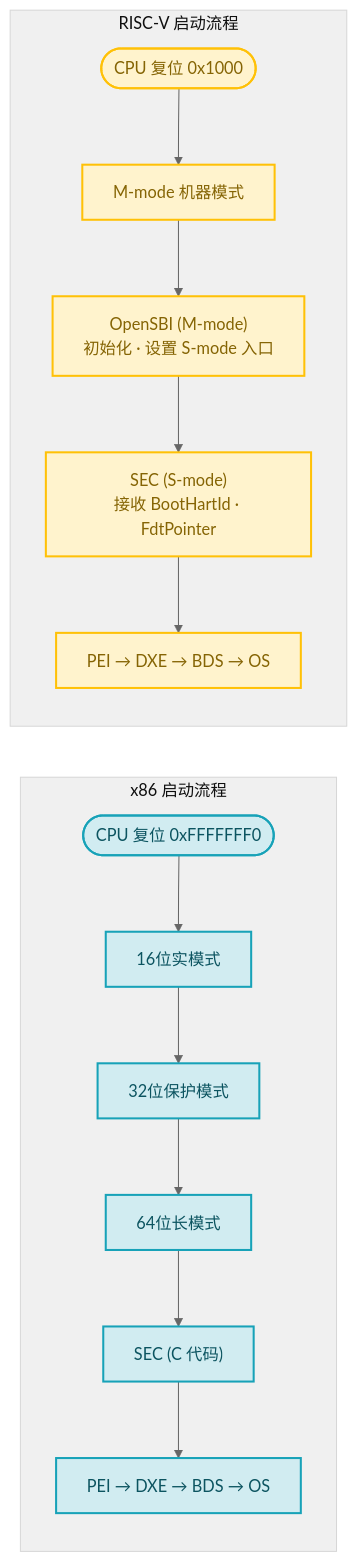
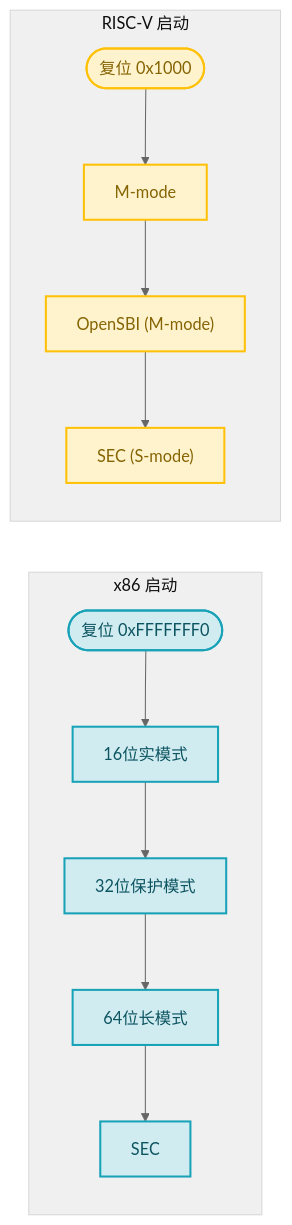
The first of 4 diagrams in edk2/06-riscv-platform.md (swjtuer326/cs-learning-notes), drawn with Mermaid before and after one commit. The commit also changed other lines of this file and 8 other files, not shown here.

````diff
--- a/edk2/06-riscv-platform.md
+++ b/edk2/06-riscv-platform.md
@@ -68,23 +65,21 @@
 ```mermaid
 %%{init: {"theme": "base", "themeVariables": {"primaryColor": "#ECECFF", "primaryTextColor": "#333333", "primaryBorderColor": "#9370DB", "lineColor": "#666666", "secondaryColor": "#ffffde", "secondaryBorderColor": "#aaaa33", "tertiaryColor": "#f0f0f0", "fontFamily": "\"trebuchet ms\", verdana, arial, sans-serif"}}}%%
 flowchart LR
-    subgraph X86Boot["x86 启动流程"]
-        X86Reset(["CPU 复位 0xFFFFFFF0"]) --> X86Real["16位实模式"]
+    subgraph X86Boot["x86 启动"]
+        X86Reset(["复位 0xFFFFFFF0"]) --> X86Real["16位实模式"]
         X86Real --> X86Protected["32位保护模式"]
         X86Protected --> X86Long["64位长模式"]
-        X86Long --> X86Sec["SEC (C 代码)"]
-        X86Sec --> X86Later["PEI → DXE → BDS → OS"]
+        X86Long --> X86Sec["SEC"]
     end
 
-    subgraph RvBoot["RISC-V 启动流程"]
-        RvReset(["CPU 复位 0x1000"]) --> RvMmode["M-mode 机器模式"]
-        RvMmode --> RvOpensbi["OpenSBI (M-mode)<br/>初始化 · 设置 S-mode 入口"]
-        RvOpensbi --> RvSec["SEC (S-mode)<br/>接收 BootHartId · FdtPointer"]
-        RvSec --> RvLater["PEI → DXE → BDS → OS"]
+    subgraph RvBoot["RISC-V 启动"]
+        RvReset(["复位 0x1000"]) --> RvMmode["M-mode"]
+        RvMmode --> RvOpensbi["OpenSBI (M-mode)"]
+        RvOpensbi --> RvSec["SEC (S-mode)"]
     end
 
     classDef x86Style fill:#d1ecf1,stroke:#17a2b8,color:#0c5460,stroke-width:2px
     classDef rvStyle fill:#fff3cd,stroke:#ffc107,color:#856404,stroke-width:2px
-    class X86Reset,X86Real,X86Protected,X86Long,X86Sec,X86Later x86Style
-    class RvReset,RvMmode,RvOpensbi,RvSec,RvLater rvStyle
+    class X86Reset,X86Real,X86Protected,X86Long,X86Sec x86Style
+    class RvReset,RvMmode,RvOpensbi,RvSec rvStyle
 ```
````
